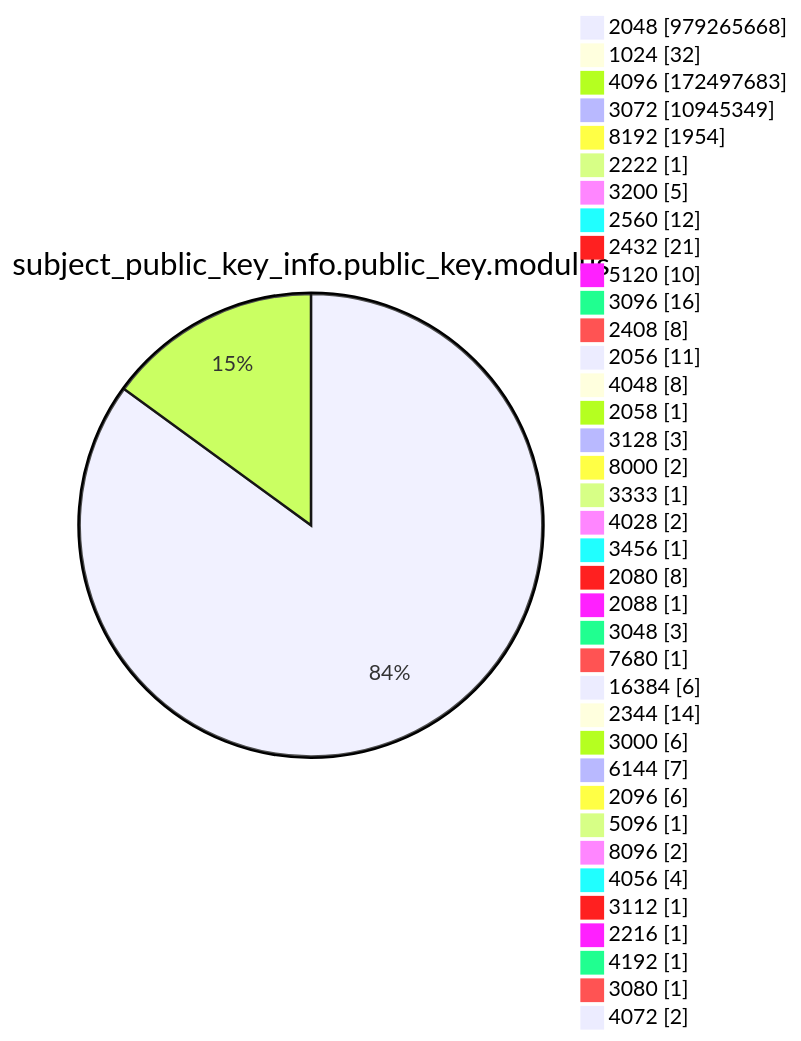
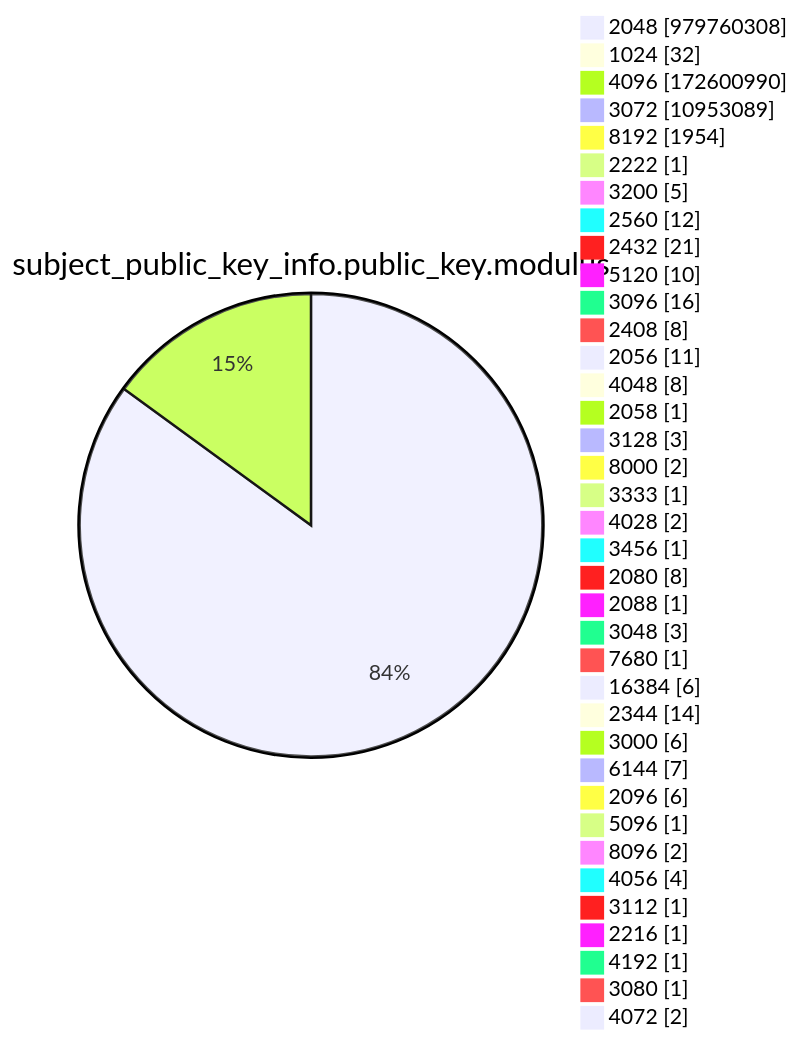
Diagram 13 of 15 in argon2022/README.md (christiankrug/ctmonitor_visualization), drawn with Mermaid before and after one commit. The commit also changed other lines of this file, not shown here.

````diff
--- a/argon2022/README.md
+++ b/argon2022/README.md
@@ -3587,41 +3587,41 @@
 ```mermaid
 pie showData
 title subject_public_key_info.public_key.modulus
-"2048" :979265668
+"2048" :979760308
 "1024" :32
-"4096" :172497683
-"3072" :10945349
+"4096" :172600990
+"3072" :10953089
 "8192" :1954
 "2222" :1
 "3200" :5
 "2560" :12
 "2432" :21
 "5120" :10
 "3096" :16
 "2408" :8
 "2056" :11
 "4048" :8
 "2058" :1
 "3128" :3
 "8000" :2
 "3333" :1
 "4028" :2
 "3456" :1
 "2080" :8
 "2088" :1
 "3048" :3
 "7680" :1
 "16384" :6
 "2344" :14
 "3000" :6
 "6144" :7
 "2096" :6
 "5096" :1
 "8096" :2
 "4056" :4
 "3112" :1
 "2216" :1
 "4192" :1
 "3080" :1
 "4072" :2
 ```
````
